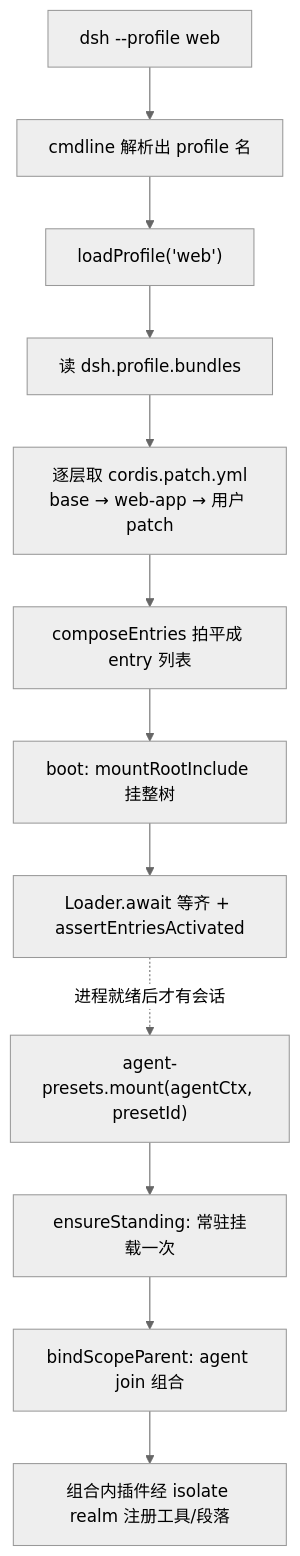
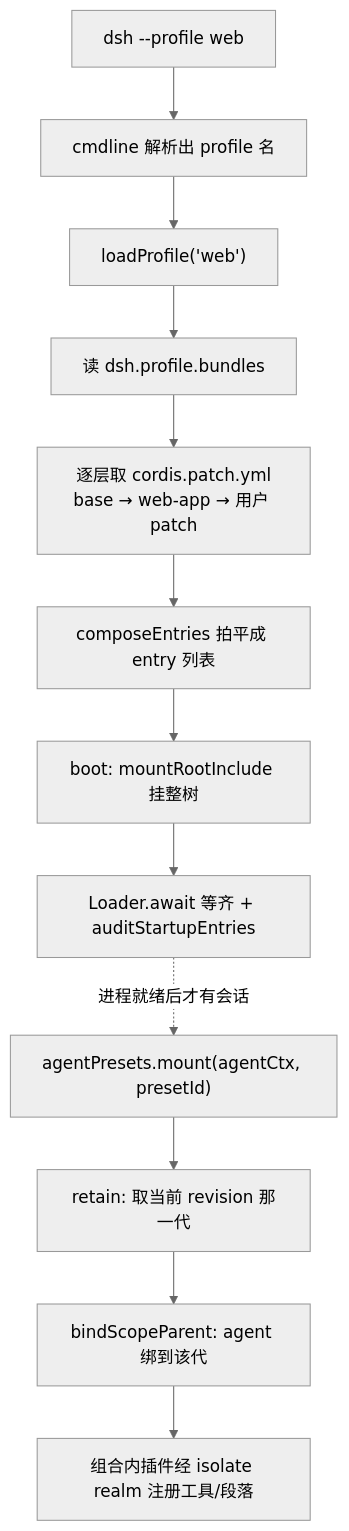
Before and after one commit to ChenYu1991ppak/deepseek-harness-anatomy: the second of 2 diagrams in ch15/ch15-preset-bundle-profile_zh.md, drawn with Mermaid (neutral theme). The commit also changed other lines of this file and 124 other files, not shown here.

````diff
--- a/ch15/ch15-preset-bundle-profile_zh.md
+++ b/ch15/ch15-preset-bundle-profile_zh.md
@@ -363,14 +418,14 @@
 ```mermaid
 flowchart TD
     A["dsh --profile web"] --> B["cmdline 解析出 profile 名"]
     B --> C["loadProfile('web')"]
     C --> D["读 dsh.profile.bundles"]
     D --> E["逐层取 cordis.patch.yml<br/>base → web-app → 用户 patch"]
     E --> F["composeEntries 拍平成 entry 列表"]
     F --> G["boot: mountRootInclude 挂整树"]
-    G --> H["Loader.await 等齐 + assertEntriesActivated"]
-    H -.->|进程就绪后才有会话| I["agent-presets.mount(agentCtx, presetId)"]
-    I --> J["ensureStanding: 常驻挂载一次"]
-    J --> K["bindScopeParent: agent join 组合"]
+    G --> H["Loader.await 等齐 + auditStartupEntries"]
+    H -.->|进程就绪后才有会话| I["agentPresets.mount(agentCtx, presetId)"]
+    I --> J["retain: 取当前 revision 那一代"]
+    J --> K["bindScopeParent: agent 绑到该代"]
     K --> L["组合内插件经 isolate realm 注册工具/段落"]
 ```
````
